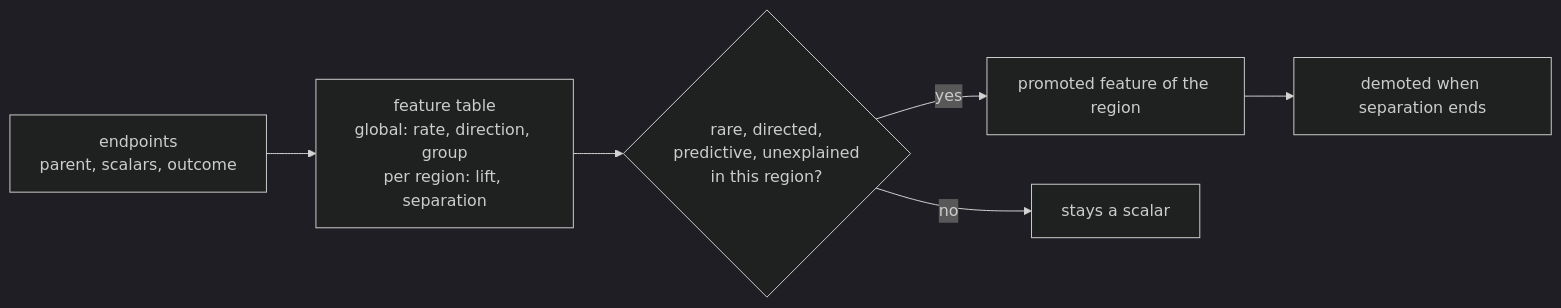
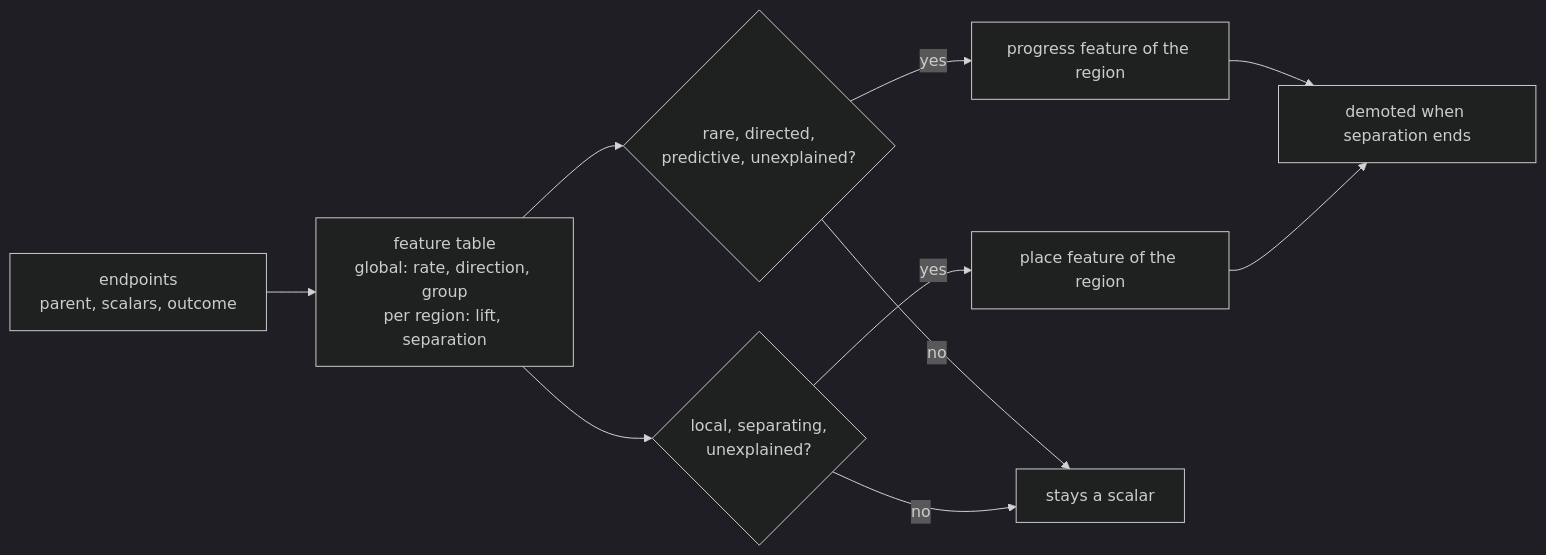
The second of 4 diagrams in DISSONANCE-V3-DESIGN.md (pH14/harmony), drawn with Mermaid (dark theme) before and after one commit. The commit also changed other lines of this file and 1 other file, not shown here.

Commit message:
Add place features to the design and score the bottleneck check before arrivals

````diff
--- a/DISSONANCE-V3-DESIGN.md
+++ b/DISSONANCE-V3-DESIGN.md
@@ -73,8 +83,12 @@
 ```mermaid
 flowchart LR
     R[endpoints<br/>parent, scalars, outcome] --> C[feature table<br/>global: rate, direction, group<br/>per region: lift, separation]
-    C --> K{rare, directed,<br/>predictive, unexplained<br/>in this region?}
-    K -- yes --> A[promoted feature of the region]
+    C --> K{rare, directed,<br/>predictive, unexplained?}
+    C --> L{local, separating,<br/>unexplained?}
+    K -- yes --> A[progress feature of the region]
+    L -- yes --> B[place feature of the region]
     K -- no --> D[stays a scalar]
+    L -- no --> D
     A --> M[demoted when separation ends]
+    B --> M
 ```
````
